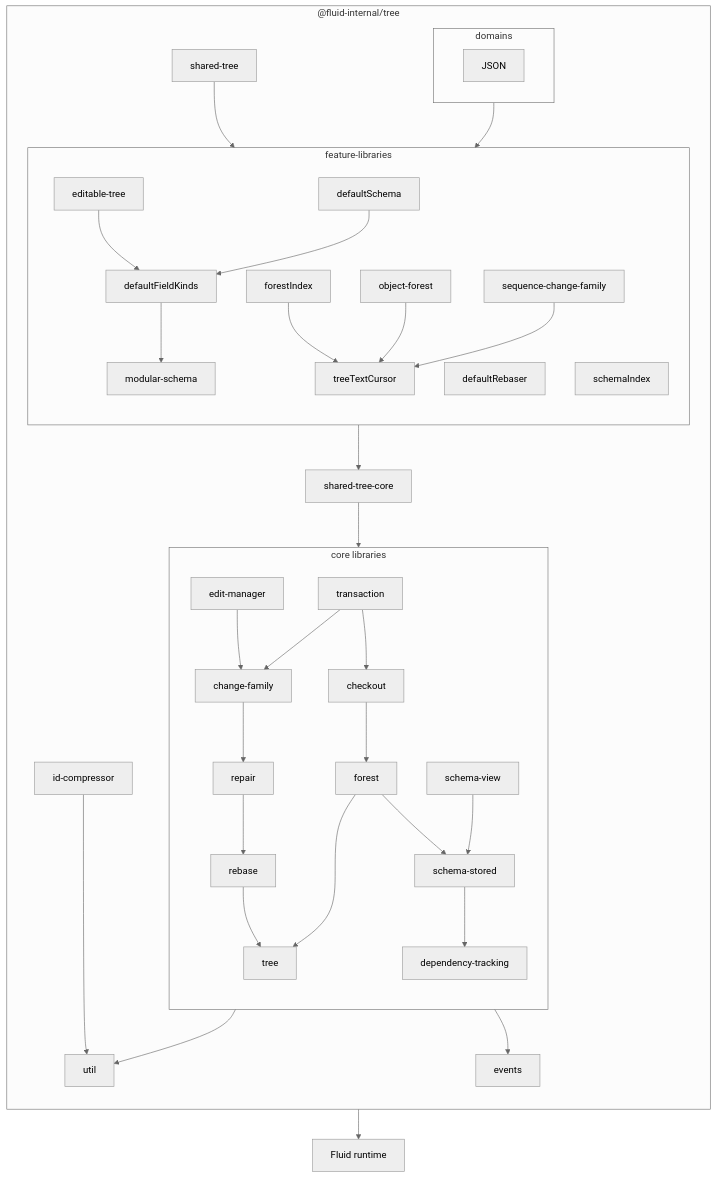
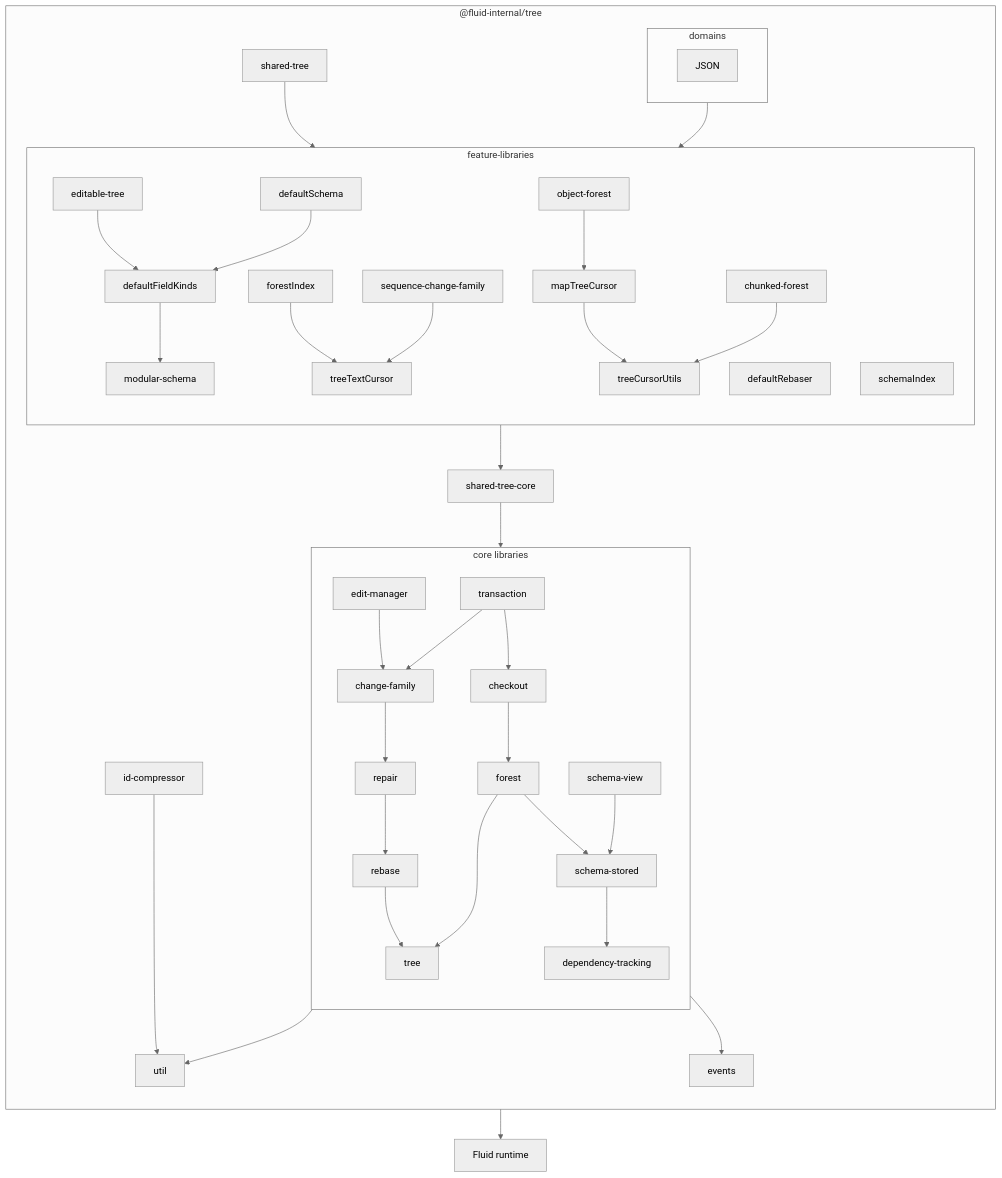
One commit to microsoft/FluidFramework changed the sixth of 6 diagrams in packages/dds/tree/README.md. Above: the diagram before and after it, drawn with Mermaid (neutral theme). The commit also changed 22 other files, not shown here.

````diff
--- a/packages/dds/tree/README.md
+++ b/packages/dds/tree/README.md
@@ -298,44 +298,45 @@
 ```mermaid
 flowchart
     direction TB
     subgraph package ["@fluid-internal/tree"]
         direction TB
         subgraph core ["core libraries"]
             direction TB
             checkout-->forest
             forest-->schema-stored
             change-family-->repair
             edit-manager-->change-family
             repair-->rebase
             rebase-->tree
             schema-stored-->dependency-tracking
             schema-view-->schema-stored
             transaction-->change-family
             transaction-->checkout
             dependency-tracking
             forest-->tree
         end
         core-->events
         core-->util
         id-compressor-->util
         feature-->shared-tree-core
         shared-tree-core-->core
         shared-tree-->feature
         subgraph feature ["feature-libraries"]
             direction TB
             editable-tree-->defaultFieldKinds
             defaultRebaser
             defaultSchema-->defaultFieldKinds-->modular-schema
             forestIndex-->treeTextCursor
             modular-schema
-            object-forest-->treeTextCursor
+            object-forest-->mapTreeCursor-->treeCursorUtils
+            chunked-forest-->treeCursorUtils
             schemaIndex
             sequence-change-family-->treeTextCursor
         end
         subgraph domains
             JSON
         end
         domains-->feature
     end
     package-->runtime["Fluid runtime"]
 ```
````
